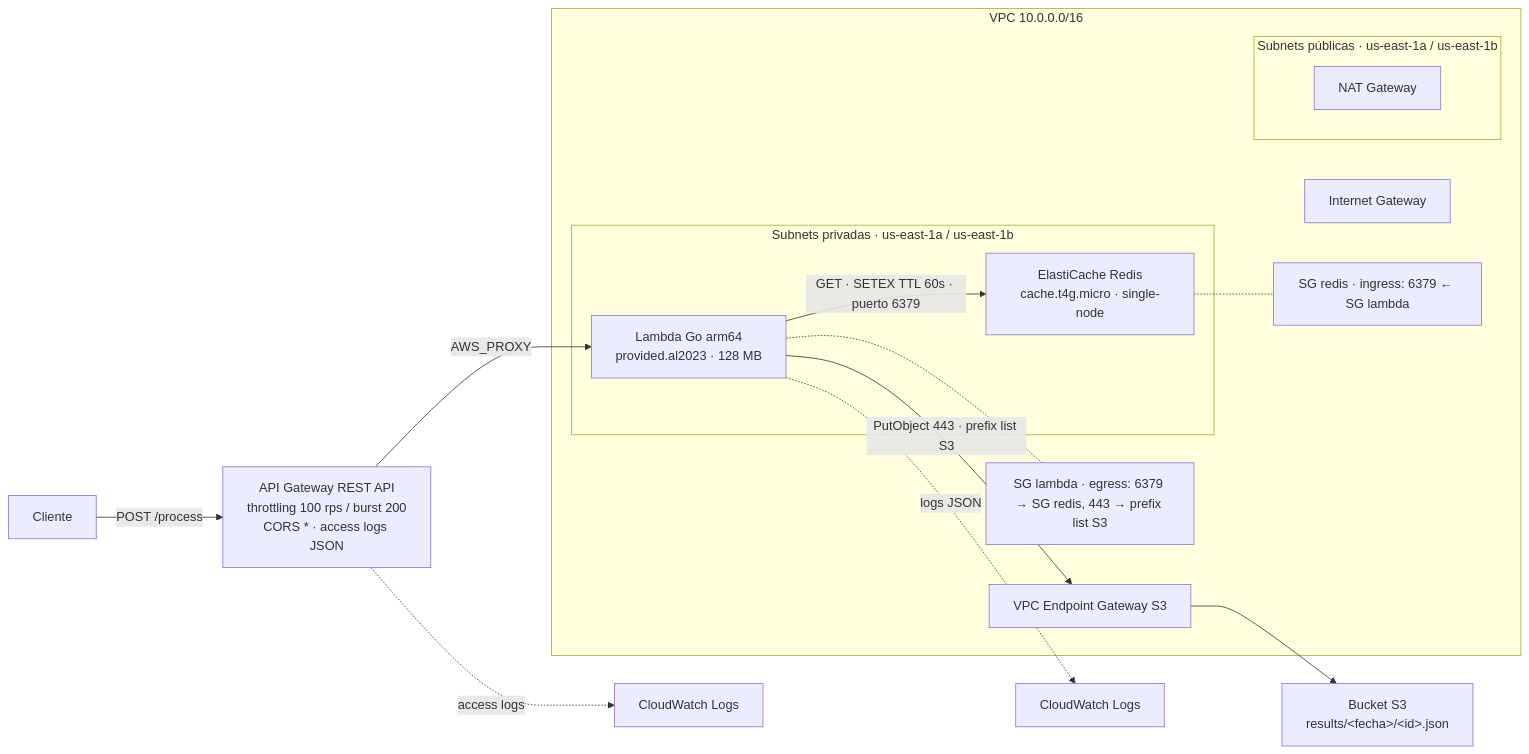
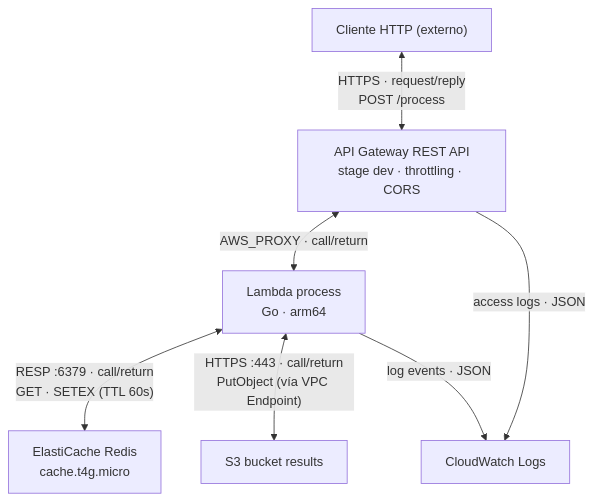
The diagram in README.md (juandvasquezp/sre-test-env), drawn with Mermaid before and after one commit. The commit also changed other lines of this file, not shown here.

Commit message:
Modificado el diagrama para que sea una vista C&C apropiada

````diff
--- a/README.md
+++ b/README.md
@@ -7,29 +9,16 @@
 ```mermaid
-flowchart LR
-    client["Cliente"] -->|"POST /process"| apigw["API Gateway REST API<br/>throttling 100 rps / burst 200<br/>CORS * · access logs JSON"]
-    apigw -->|"AWS_PROXY"| lambda["Lambda Go arm64<br/>provided.al2023 · 128 MB"]
+flowchart TB
+    cliente["Cliente HTTP (externo)"]
+    apigw["API Gateway REST API<br/>stage dev · throttling · CORS"]
+    lambda["Lambda process<br/>Go · arm64"]
+    redis["ElastiCache Redis<br/>cache.t4g.micro"]
+    s3["S3 bucket results"]
+    cw["CloudWatch Logs"]
 
-    lambda -->|"GET · SETEX TTL 60s · puerto 6379"| redis["ElastiCache Redis<br/>cache.t4g.micro · single-node"]
-    lambda -->|"PutObject 443 · prefix list S3"| vpce["VPC Endpoint Gateway S3"]
-    vpce --> s3["Bucket S3<br/>results/&lt;fecha&gt;/&lt;id&gt;.json"]
-
-    lambda -.->|"logs JSON"| cw_lambda["CloudWatch Logs"]
-    apigw -.->|"access logs"| cw_apigw["CloudWatch Logs"]
-
-    subgraph vpc["VPC 10.0.0.0/16"]
-        subgraph private["Subnets privadas · us-east-1a / us-east-1b"]
-            lambda
-            redis
-        end
-        subgraph public["Subnets públicas · us-east-1a / us-east-1b"]
-            nat["NAT Gateway"]
-        end
-        igw["Internet Gateway"]
-        vpce
-        sg_lambda["SG lambda · egress: 6379 → SG redis, 443 → prefix list S3"]
-        sg_redis["SG redis · ingress: 6379 ← SG lambda"]
-    end
-
-    lambda -.- sg_lambda
-    redis -.- sg_redis
+    cliente <-->|"HTTPS · request/reply<br/>POST /process"| apigw
+    apigw <-->|"AWS_PROXY · call/return"| lambda
+    lambda <-->|"RESP :6379 · call/return<br/>GET · SETEX (TTL 60s)"| redis
+    lambda <-->|"HTTPS :443 · call/return<br/>PutObject (vía VPC Endpoint)"| s3
+    lambda -->|"log events · JSON"| cw
+    apigw -->|"access logs · JSON"| cw
 ```
````
